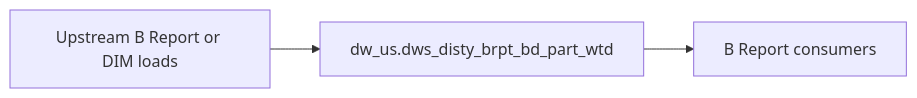
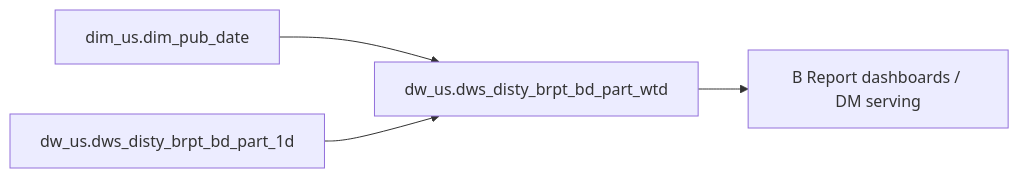
Before and after one commit to chengduhaha/data_agent: the diagram in backend/defaults/b_report/workspace/target/knowledgebase/b-report-us/dws_disty_brpt_bd_part_wtd.md, drawn with Mermaid. The commit also changed other lines of this file and 1108 other files, not shown here.

````diff
--- a/backend/defaults/b_report/workspace/target/knowledgebase/b-report-us/dws_disty_brpt_bd_part_wtd.md
+++ b/backend/defaults/b_report/workspace/target/knowledgebase/b-report-us/dws_disty_brpt_bd_part_wtd.md
@@ -160,8 +267,10 @@
 ```mermaid
 flowchart LR
-  upstream[Upstream B Report or DIM loads]
-  tgt["dw_us.dws_disty_brpt_bd_part_wtd"]
-  brpt[B Report consumers]
-  upstream --> tgt
-  tgt --> brpt
+  dw_us_dws_disty_brpt_bd_part_wtd["dw_us.dws_disty_brpt_bd_part_wtd"]
+  src0["dim_us.dim_pub_date"]
+  src0 --> dw_us_dws_disty_brpt_bd_part_wtd
+  src1["dw_us.dws_disty_brpt_bd_part_1d"]
+  src1 --> dw_us_dws_disty_brpt_bd_part_wtd
+  consumers["B Report dashboards / DM serving"]
+  dw_us_dws_disty_brpt_bd_part_wtd --> consumers
 ```
````
